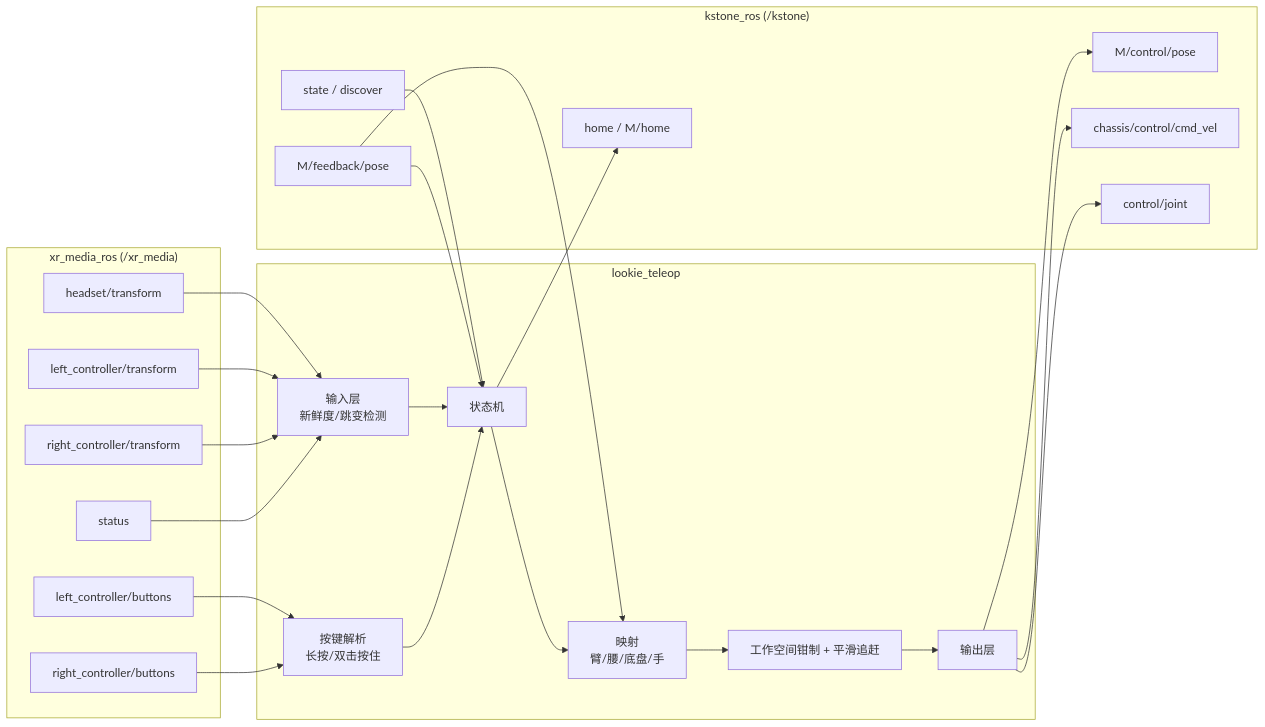
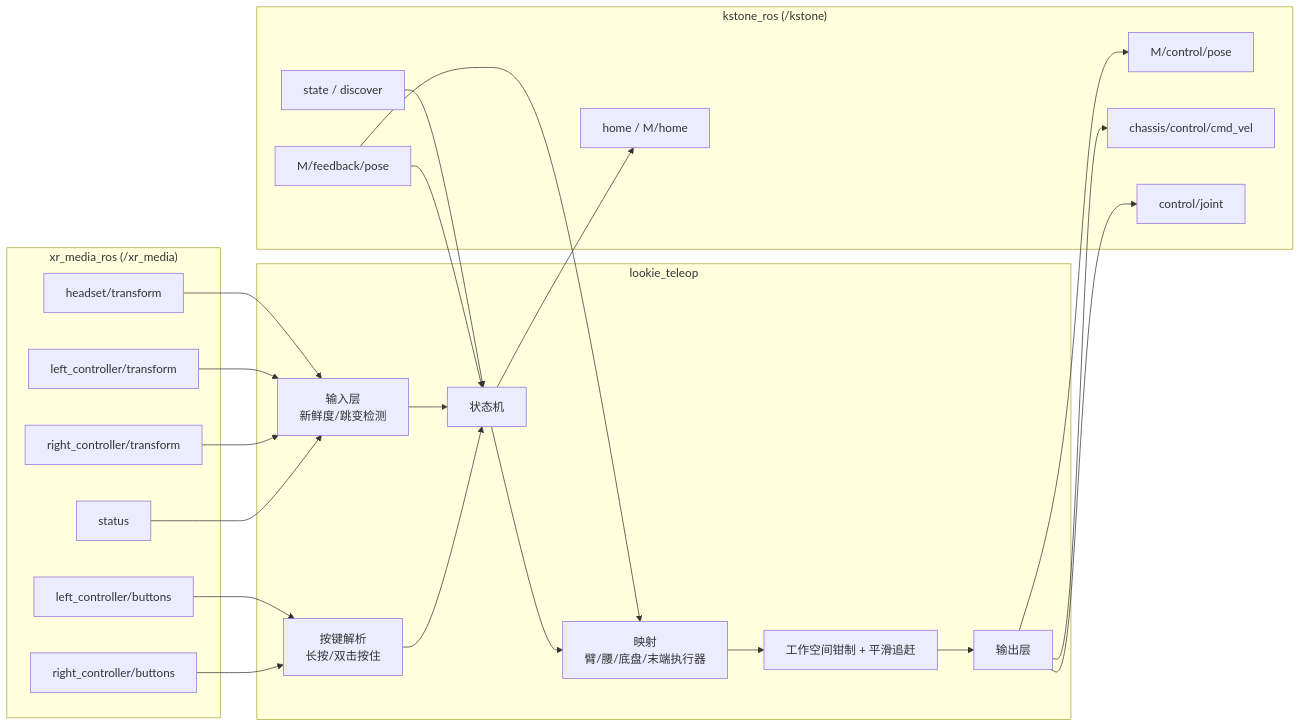
The first of 6 diagrams in lookie_teleop/docs/vr_teleop_dev_design.zh-CN.md (AgilexOpensource/lookie_ros), drawn with Mermaid before and after one commit. The commit also changed other lines of this file and 1 other file, not shown here.

````diff
--- a/lookie_teleop/docs/vr_teleop_dev_design.zh-CN.md
+++ b/lookie_teleop/docs/vr_teleop_dev_design.zh-CN.md
@@ -20,36 +20,36 @@
 ```mermaid
 flowchart LR
     subgraph XR["xr_media_ros (/xr_media)"]
         HT["headset/transform"]
         LT["left_controller/transform"]
         RT["right_controller/transform"]
         LB["left_controller/buttons"]
         RB["right_controller/buttons"]
         ST["status"]
     end
     subgraph TP["lookie_teleop"]
         IN["输入层<br/>新鲜度/跳变检测"]
         BTN["按键解析<br/>长按/双击按住"]
         SM["状态机"]
-        MAP["映射<br/>臂/腰/底盘/手"]
+        MAP["映射<br/>臂/腰/底盘/末端执行器"]
         CLP["工作空间钳制 + 平滑追赶"]
         OUT["输出层"]
     end
     subgraph KS["kstone_ros (/kstone)"]
         KST["state / discover"]
         KP["M/control/pose"]
         KV["chassis/control/cmd_vel"]
         KJ["control/joint"]
         KH["home / M/home"]
         KF["M/feedback/pose"]
     end
     HT & LT & RT & ST --> IN
     LB & RB --> BTN
     IN --> SM
     BTN --> SM
     SM --> MAP --> CLP --> OUT
     KST & KF --> SM
     KF --> MAP
     OUT --> KP & KV & KJ
     SM --> KH
 ```
````
